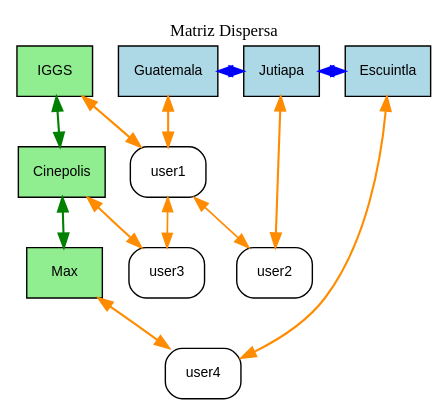
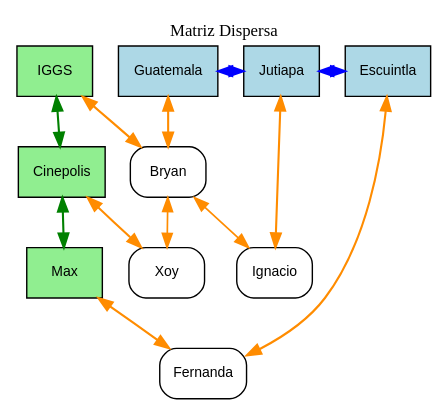
One commit to bryan-ignacio/projecto_activos changed the diagram in matriz.dot. Above: the diagram before and after it, drawn with Graphviz. The commit also changed 9 other files, not shown here.

```diff
--- a/matriz.dot
+++ b/matriz.dot
@@ -1,26 +1,26 @@
 digraph MatrizDispersa {
 rankdir=TB;
 graph[fontsize=12, labelloc=t, label="Matriz Dispersa", fontcolor=black];
 node[shape=box, style=filled, fontname="Helvetica", fontsize=10];
 edge[penwidth=1.2, color=gray];
 { rank=same; H_Guatemala[label="Guatemala", fillcolor=lightblue, fontcolor=black]; H_Jutiapa[label="Jutiapa", fillcolor=lightblue, fontcolor=black]; H_Escuintla[label="Escuintla", fillcolor=lightblue, fontcolor=black]; }
 V_IGGS[label="IGGS", fillcolor=lightgreen, fontcolor=black];
 V_Cinepolis[label="Cinepolis", fillcolor=lightgreen, fontcolor=black];
 V_Max[label="Max", fillcolor=lightgreen, fontcolor=black];
-N_user1[label="user1", fillcolor=white, fontcolor=black, style="rounded,filled"];
-N_user3[label="user3", fillcolor=white, fontcolor=black, style="rounded,filled"];
-N_user2[label="user2", fillcolor=white, fontcolor=black, style="rounded,filled"];
-N_user4[label="user4", fillcolor=white, fontcolor=black, style="rounded,filled"];
+N_Bryan[label="Bryan", fillcolor=white, fontcolor=black, style="rounded,filled"];
+N_Xoy[label="Xoy", fillcolor=white, fontcolor=black, style="rounded,filled"];
+N_Ignacio[label="Ignacio", fillcolor=white, fontcolor=black, style="rounded,filled"];
+N_Fernanda[label="Fernanda", fillcolor=white, fontcolor=black, style="rounded,filled"];
 H_Guatemala -> H_Jutiapa [dir=both, color=blue, penwidth=1.5];
-H_Guatemala -> N_user1 [dir=both, color=darkorange, penwidth=1.5];
-N_user1 -> N_user3 [dir=both, color=darkorange, penwidth=1.2];
+H_Guatemala -> N_Bryan [dir=both, color=darkorange, penwidth=1.5];
+N_Bryan -> N_Xoy [dir=both, color=darkorange, penwidth=1.2];
 H_Jutiapa -> H_Escuintla [dir=both, color=blue, penwidth=1.5];
-H_Jutiapa -> N_user2 [dir=both, color=darkorange, penwidth=1.5];
-H_Escuintla -> N_user4 [dir=both, color=darkorange, penwidth=1.5];
+H_Jutiapa -> N_Ignacio [dir=both, color=darkorange, penwidth=1.5];
+H_Escuintla -> N_Fernanda [dir=both, color=darkorange, penwidth=1.5];
 V_IGGS -> V_Cinepolis [dir=both, color=green, penwidth=1.5];
-V_IGGS -> N_user1 [dir=both, color=darkorange, penwidth=1.5];
-N_user1 -> N_user2 [dir=both, color=darkorange, penwidth=1.2];
+V_IGGS -> N_Bryan [dir=both, color=darkorange, penwidth=1.5];
+N_Bryan -> N_Ignacio [dir=both, color=darkorange, penwidth=1.2];
 V_Cinepolis -> V_Max [dir=both, color=green, penwidth=1.5];
-V_Cinepolis -> N_user3 [dir=both, color=darkorange, penwidth=1.5];
-V_Max -> N_user4 [dir=both, color=darkorange, penwidth=1.5];
+V_Cinepolis -> N_Xoy [dir=both, color=darkorange, penwidth=1.5];
+V_Max -> N_Fernanda [dir=both, color=darkorange, penwidth=1.5];
 }
```
